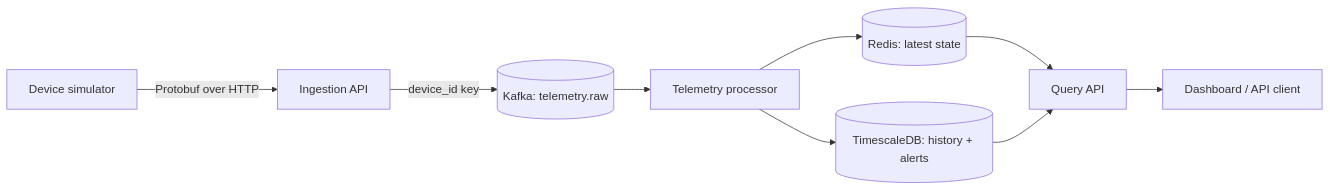
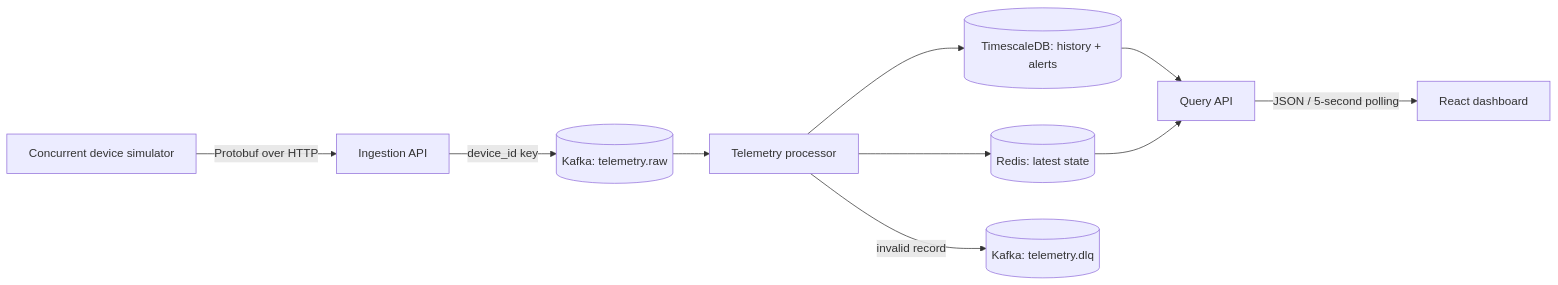
Before and after one commit to ask-kumbar/PulseGrid: the diagram in README.md, drawn with Mermaid. The commit also changed other lines of this file and 6 other files, not shown here.

````diff
--- a/README.md
+++ b/README.md
@@ -14,11 +9,12 @@
 ```mermaid
 flowchart LR
-  D[Device simulator] -->|Protobuf over HTTP| A[Ingestion API]
+  D[Concurrent device simulator] -->|Protobuf over HTTP| A[Ingestion API]
   A -->|device_id key| K[(Kafka: telemetry.raw)]
   K --> P[Telemetry processor]
+  P --> T[(TimescaleDB: history + alerts)]
   P --> R[(Redis: latest state)]
-  P --> T[(TimescaleDB: history + alerts)]
-  R --> Q[Query API]
-  T --> Q
-  Q --> C[Dashboard / API client]
+  P -->|invalid record| L[(Kafka: telemetry.dlq)]
+  T --> Q[Query API]
+  R --> Q
+  Q -->|JSON / 5-second polling| C[React dashboard]
 ```
````
